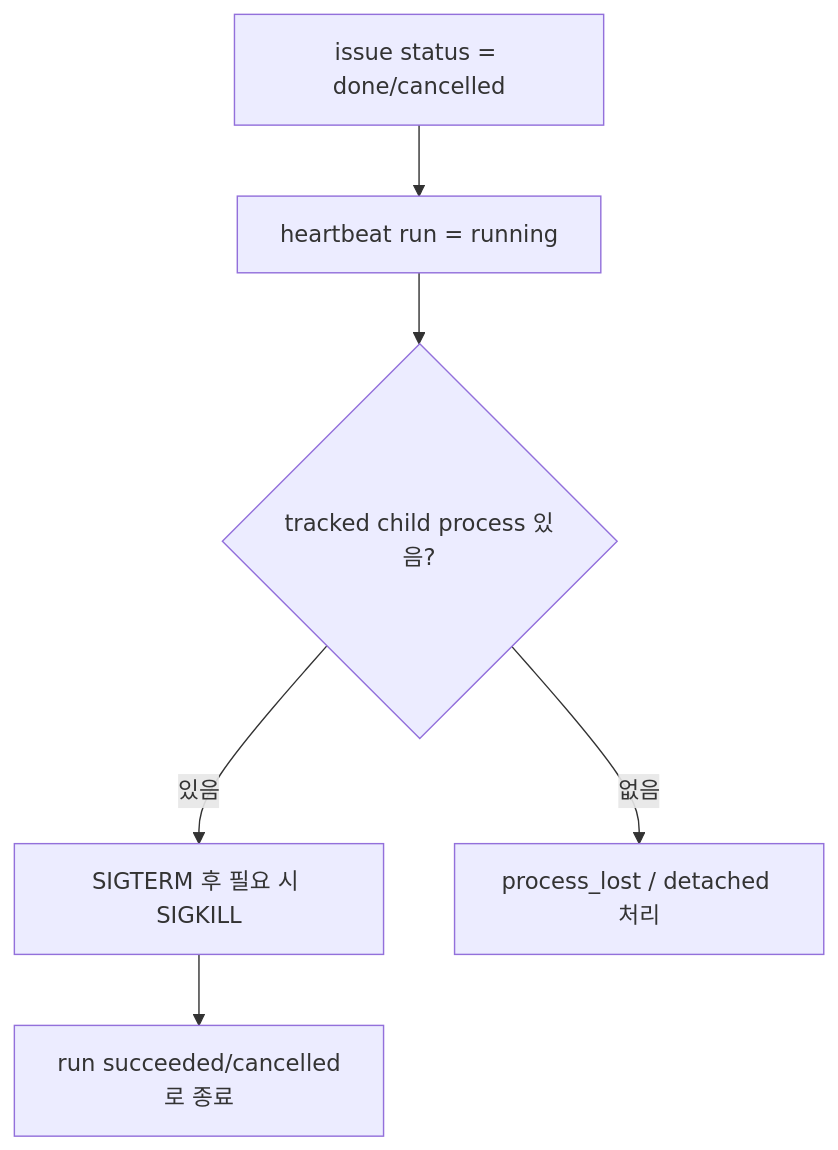
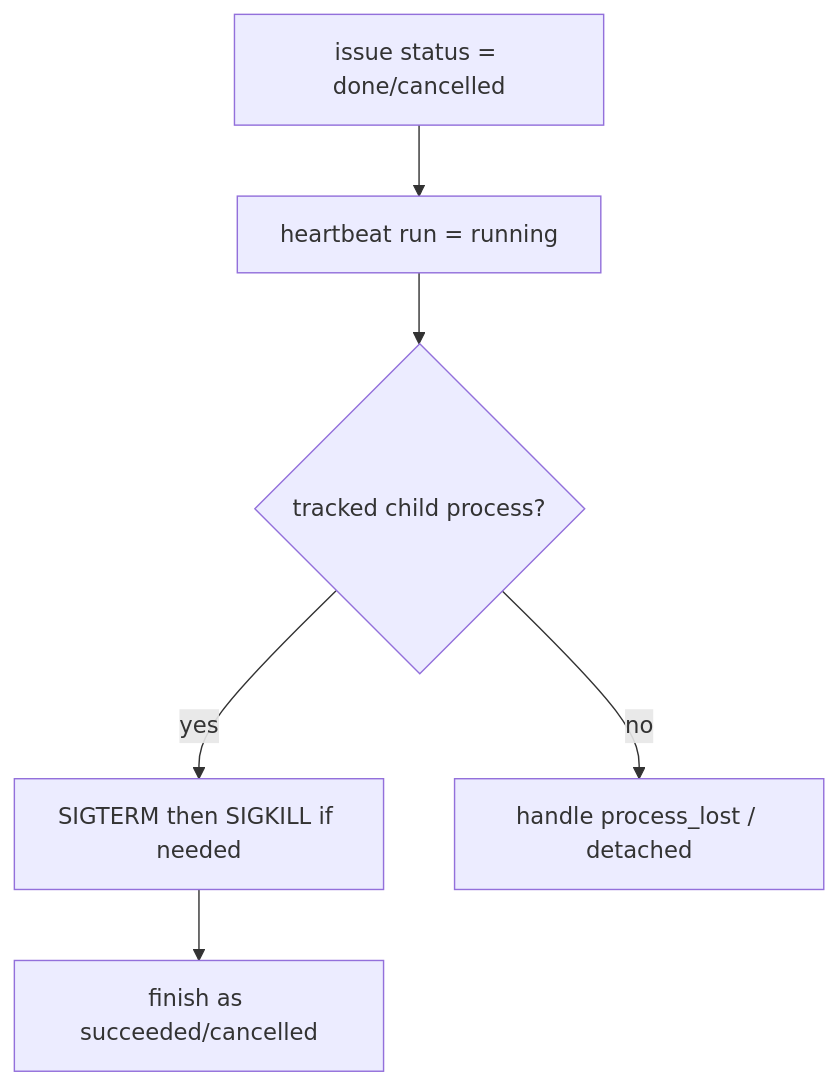
Diagram 14 of 17 in docs/guides/agent-developer/mission-workflow-runtime.md (insightflo/papercompany-runtime), drawn with Mermaid before and after one commit. The commit also changed other lines of this file and 173 other files, not shown here.

````diff
--- a/docs/guides/agent-developer/mission-workflow-runtime.md
+++ b/docs/guides/agent-developer/mission-workflow-runtime.md
@@ -409,8 +358,8 @@
 ```mermaid
 flowchart TD
   Done["issue status = done/cancelled"] --> Run["heartbeat run = running"]
-  Run --> Child{"tracked child process 있음?"}
-  Child -- 있음 --> Kill["SIGTERM 후 필요 시 SIGKILL"]
-  Kill --> Terminal["run succeeded/cancelled로 종료"]
-  Child -- 없음 --> Lost["process_lost / detached 처리"]
+  Run --> Child{"tracked child process?"}
+  Child -- yes --> Kill["SIGTERM then SIGKILL if needed"]
+  Kill --> Terminal["finish as succeeded/cancelled"]
+  Child -- no --> Lost["handle process_lost / detached"]
 ```
````
